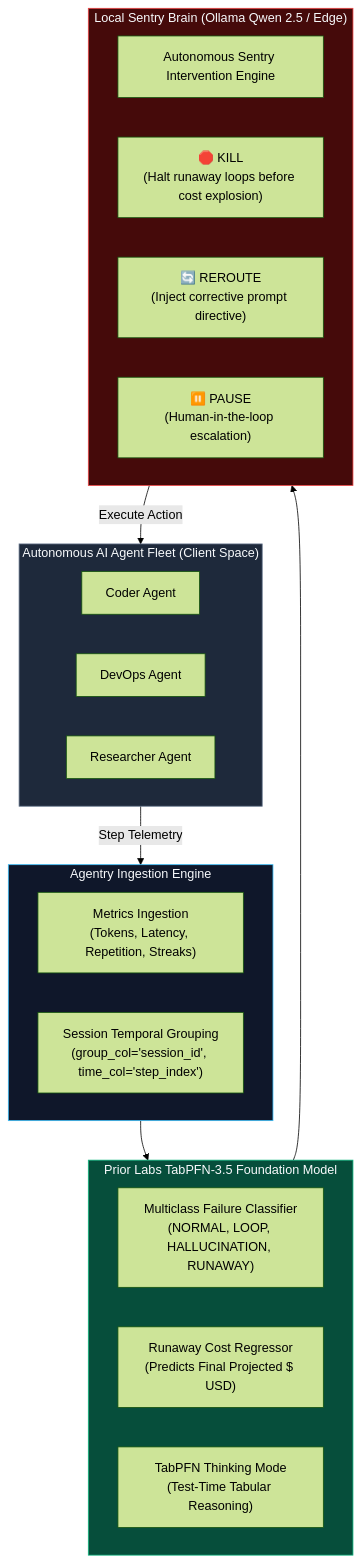
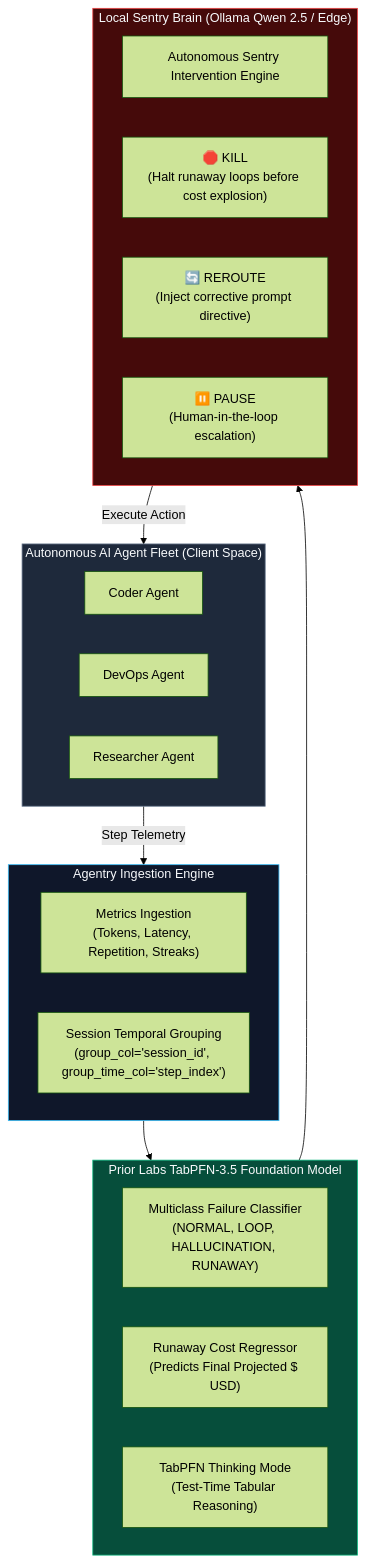
Before and after one commit to IrrhammCode/agentry: the diagram in README.md, drawn with Mermaid (forest theme). The commit also changed other lines of this file and 9 other files, not shown here.

Commit message:
feat: align TabPFN-3.5 API with group_time_col, extract monotonic real SWE telemetry, add CI and walkthrough notebook

````diff
--- a/README.md
+++ b/README.md
@@ -48,36 +48,36 @@
 ```mermaid
 flowchart TD
     subgraph Fleet ["Autonomous AI Agent Fleet (Client Space)"]
         A1["Coder Agent"]
         A2["DevOps Agent"]
         A3["Researcher Agent"]
     end
 
     subgraph Telemetry ["Agentry Ingestion Engine"]
         T1["Metrics Ingestion<br/>(Tokens, Latency, Repetition, Streaks)"]
-        T2["Session Temporal Grouping<br/>(group_col='session_id', time_col='step_index')"]
+        T2["Session Temporal Grouping<br/>(group_col='session_id', group_time_col='step_index')"]
     end
 
     subgraph TabPFN ["Prior Labs TabPFN-3.5 Foundation Model"]
         C1["Multiclass Failure Classifier<br/>(NORMAL, LOOP, HALLUCINATION, RUNAWAY)"]
         R1["Runaway Cost Regressor<br/>(Predicts Final Projected $ USD)"]
         TM["TabPFN Thinking Mode<br/>(Test-Time Tabular Reasoning)"]
     end
 
     subgraph Sentry ["Local Sentry Brain (Ollama Qwen 2.5 / Edge)"]
         Decide["Autonomous Sentry Intervention Engine"]
         K1["🛑 KILL<br/>(Halt runaway loops before cost explosion)"]
         R2["🔄 REROUTE<br/>(Inject corrective prompt directive)"]
         P1["⏸️ PAUSE<br/>(Human-in-the-loop escalation)"]
     end
 
     Fleet -->|Step Telemetry| Telemetry
     Telemetry --> TabPFN
     TabPFN --> Sentry
     Sentry -->|Execute Action| Fleet
 
     style Fleet fill:#1E293B,stroke:#64748B,color:#F8FAFC
     style Telemetry fill:#0F172A,stroke:#38BDF8,color:#F8FAFC
     style TabPFN fill:#064E3B,stroke:#10B981,color:#F8FAFC
     style Sentry fill:#450A0A,stroke:#EF4444,color:#F8FAFC
 ```
````
